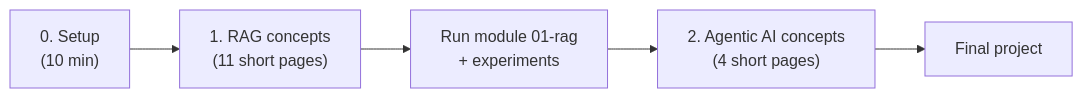
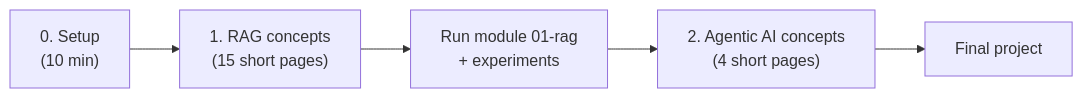
One commit to prudhivi99/Agentic-System-Design changed the diagram in README.md. Above: the diagram before and after it, drawn with Mermaid. The commit also changed other lines of this file and 18 other files, not shown here.

Commit message:
Add "Measuring RAG" pages: golden dataset, retrieval and generation metrics

````diff
--- a/README.md
+++ b/README.md
@@ -13,7 +13,7 @@
 ```mermaid
 flowchart LR
-    S["0. Setup<br/>(10 min)"] --> R["1. RAG concepts<br/>(11 short pages)"]
+    S["0. Setup<br/>(10 min)"] --> R["1. RAG concepts<br/>(15 short pages)"]
     R --> M1["Run module 01-rag<br/>+ experiments"]
     M1 --> A["2. Agentic AI concepts<br/>(4 short pages)"]
     A --> P["Final project"]
 ```
````
